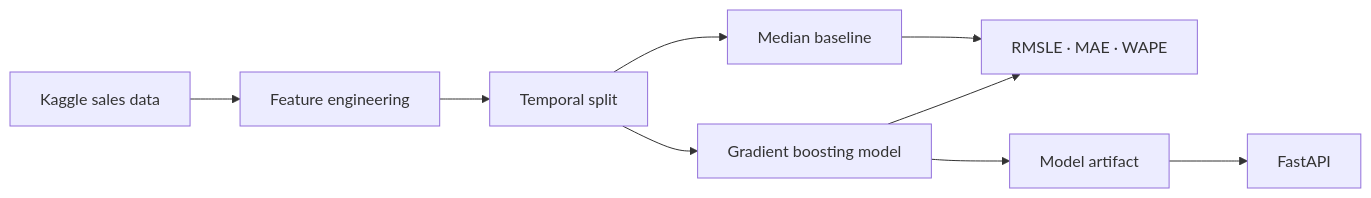
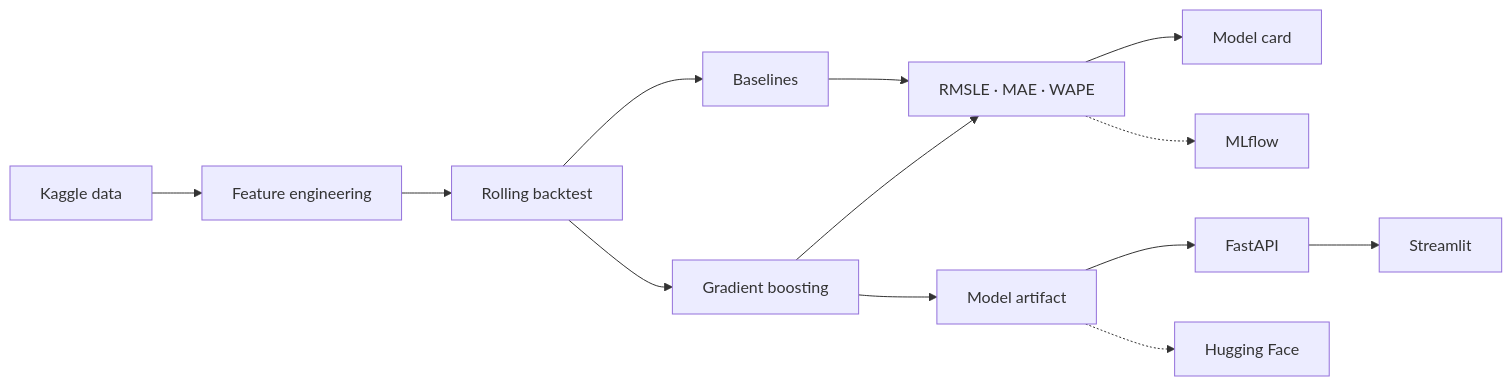
One commit to Cassio327/fooddemand-ai changed the diagram in README.md. Above: the diagram before and after it, drawn with Mermaid. The commit also changed other lines of this file and 35 other files, not shown here.

````diff
--- a/README.md
+++ b/README.md
@@ -39,11 +47,15 @@
 ```mermaid
 flowchart LR
-    D["Kaggle sales data"] --> F["Feature engineering"]
-    F --> S["Temporal split"]
-    S --> B["Median baseline"]
-    S --> ML["Gradient boosting model"]
-    B --> E["RMSLE · MAE · WAPE"]
-    ML --> E
+    D["Kaggle data"] --> F["Feature engineering"]
+    F --> BT["Rolling backtest"]
+    BT --> BL["Baselines"]
+    BT --> ML["Gradient boosting"]
+    BL --> M["RMSLE · MAE · WAPE"]
+    ML --> M
     ML --> A["Model artifact"]
+    M --> C["Model card"]
     A --> API["FastAPI"]
+    API --> UI["Streamlit"]
+    M -.-> TRACK["MLflow"]
+    A -.-> HF["Hugging Face"]
 ```
````
